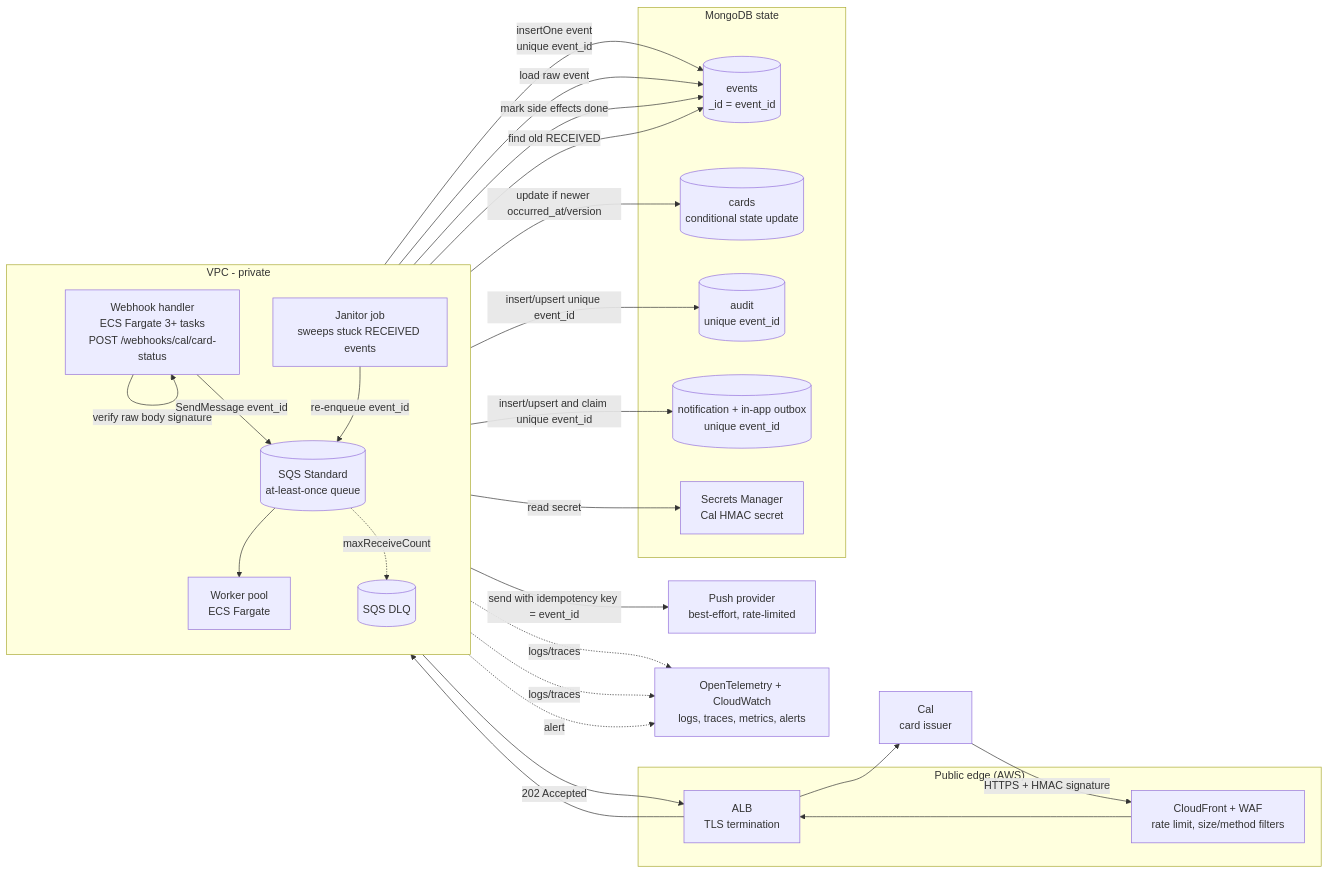
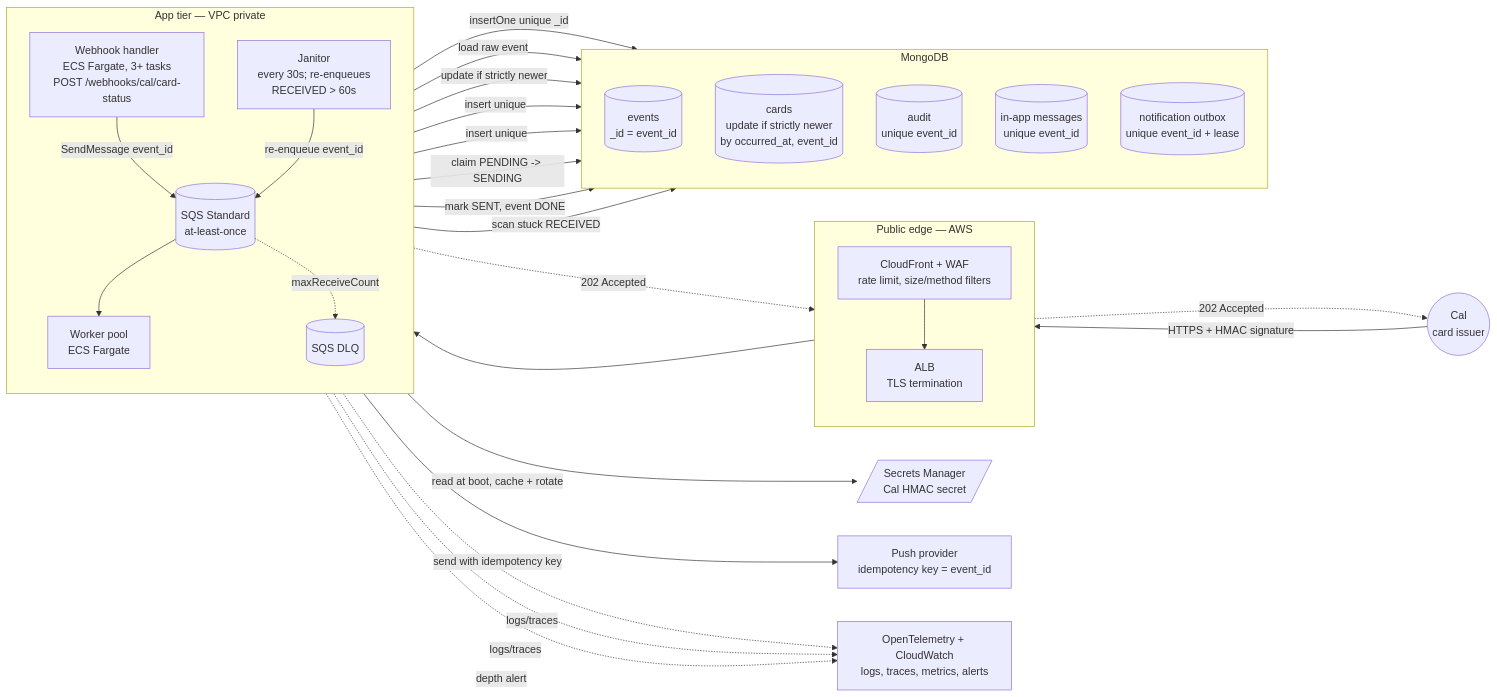
Before and after one commit to YoniRipp/TravelIO-arch: the first of 3 diagrams in architecture.md, drawn with Mermaid. The commit also changed other lines of this file, not shown here.

````diff
--- a/architecture.md
+++ b/architecture.md
@@ -5,52 +5,60 @@
 ```mermaid
 flowchart LR
-    Cal[Cal<br/>card issuer]
+    Cal((Cal<br/>card issuer))
 
-    subgraph Edge["Public edge (AWS)"]
+    subgraph Edge["Public edge — AWS"]
+        direction TB
         WAF[CloudFront + WAF<br/>rate limit, size/method filters]
         ALB[ALB<br/>TLS termination]
+        WAF --> ALB
     end
 
-    subgraph App["VPC - private"]
+    subgraph App["App tier — VPC private"]
         direction TB
-        H[Webhook handler<br/>ECS Fargate 3+ tasks<br/>POST /webhooks/cal/card-status]
-        Q[(SQS Standard<br/>at-least-once queue)]
+        H[Webhook handler<br/>ECS Fargate, 3+ tasks<br/>POST /webhooks/cal/card-status]
+        Q[(SQS Standard<br/>at-least-once)]
         W[Worker pool<br/>ECS Fargate]
         DLQ[(SQS DLQ)]
-        JAN[Janitor job<br/>sweeps stuck RECEIVED events]
+        JAN[Janitor<br/>every 30s; re-enqueues<br/>RECEIVED &gt; 60s]
     end
 
-    subgraph Data["MongoDB state"]
+    subgraph Data["MongoDB"]
+        direction TB
         E[(events<br/>_id = event_id)]
-        C[(cards<br/>conditional state update)]
+        C[(cards<br/>update if strictly newer<br/>by occurred_at, event_id)]
         A[(audit<br/>unique event_id)]
-        O[(notification + in-app outbox<br/>unique event_id)]
-        SM[Secrets Manager<br/>Cal HMAC secret]
+        IN[(in-app messages<br/>unique event_id)]
+        NO[(notification outbox<br/>unique event_id + lease)]
     end
 
-    PUSH[Push provider<br/>best-effort, rate-limited]
+    SM[/Secrets Manager<br/>Cal HMAC secret/]
+    PUSH[Push provider<br/>idempotency key = event_id]
     OBS[OpenTelemetry + CloudWatch<br/>logs, traces, metrics, alerts]
 
-    Cal -->|HTTPS + HMAC signature| WAF --> ALB --> H
-    H -->|read secret| SM
-    H -->|verify raw body signature| H
-    H -->|insertOne event<br/>unique event_id| E
+    Cal -->|HTTPS + HMAC signature| WAF
+    ALB --> H
+    H -.->|202 Accepted| ALB
+    ALB -.->|202 Accepted| Cal
+
+    H -->|read at boot, cache + rotate| SM
+    H -->|insertOne unique _id| E
     H -->|SendMessage event_id| Q
-    H -->|202 Accepted| ALB --> Cal
 
     Q --> W
-    W -->|load raw event| E
-    W -->|update if newer occurred_at/version| C
-    W -->|insert/upsert unique event_id| A
-    W -->|insert/upsert and claim unique event_id| O
-    W -->|send with idempotency key = event_id| PUSH
-    W -->|mark side effects done| E
     Q -. maxReceiveCount .-> DLQ
 
-    JAN -->|find old RECEIVED| E
+    W -->|load raw event| E
+    W -->|update if strictly newer| C
+    W -->|insert unique| A
+    W -->|insert unique| IN
+    W -->|claim PENDING -&gt; SENDING| NO
+    W -->|send with idempotency key| PUSH
+    W -->|mark SENT, event DONE| NO
+
+    JAN -->|scan stuck RECEIVED| E
     JAN -->|re-enqueue event_id| Q
 
     H -. logs/traces .-> OBS
     W -. logs/traces .-> OBS
-    DLQ -. alert .-> OBS
+    DLQ -. depth alert .-> OBS
 ```
````
